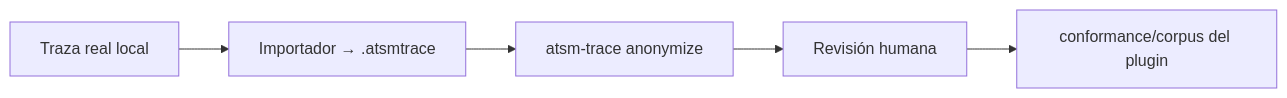
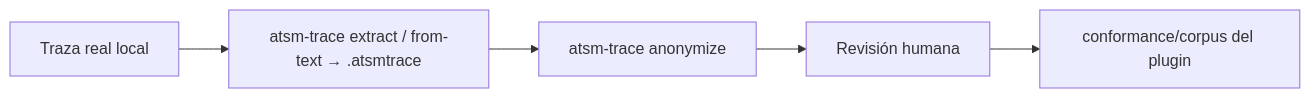
One commit to kalyx-ar/ASTM changed the diagram in Documentacion/DATOS-DE-PRUEBA.md. Above: the diagram before and after it, drawn with Mermaid. The commit also changed other lines of this file and 5 other files, not shown here.

````diff
--- a/Documentacion/DATOS-DE-PRUEBA.md
+++ b/Documentacion/DATOS-DE-PRUEBA.md
@@ -25,7 +25,7 @@
 ```mermaid
 flowchart LR
-    R[Traza real local] --> I[Importador → .atsmtrace]
+    R[Traza real local] --> I[atsm-trace extract / from-text → .atsmtrace]
     I --> A[atsm-trace anonymize]
     A --> V[Revisión humana]
     V --> C[conformance/corpus del plugin]
 ```
````
